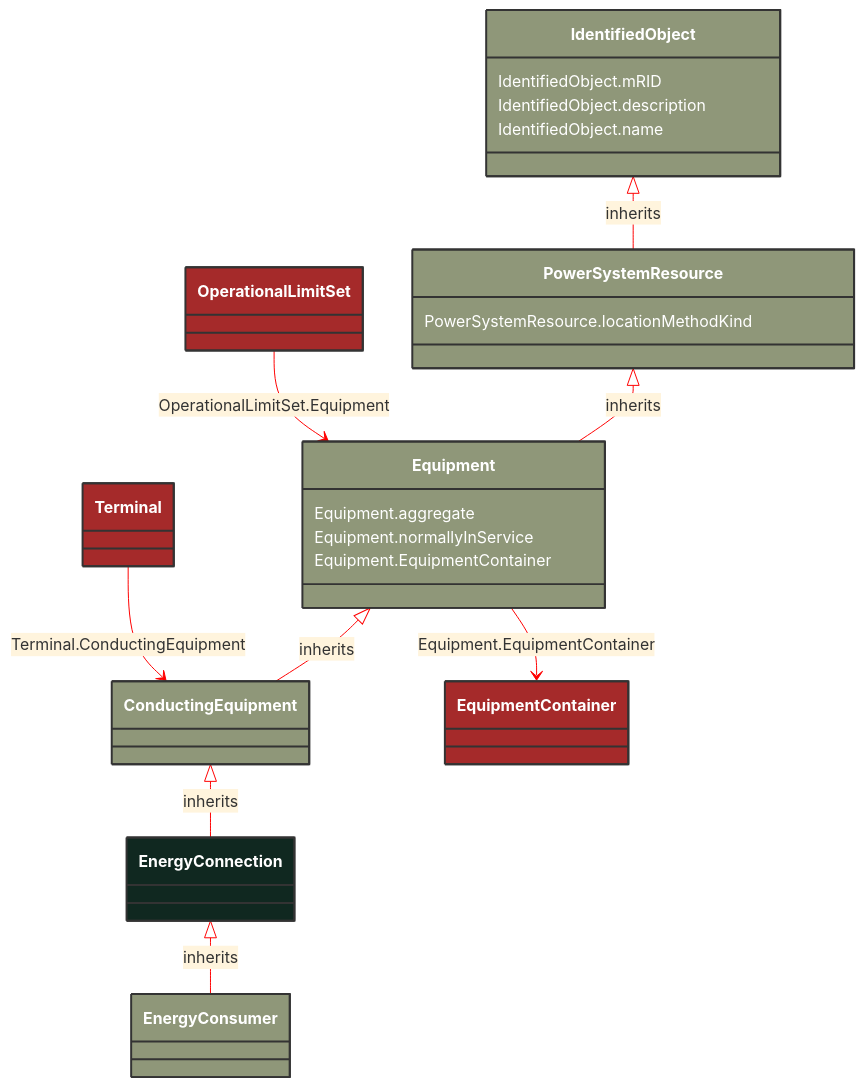
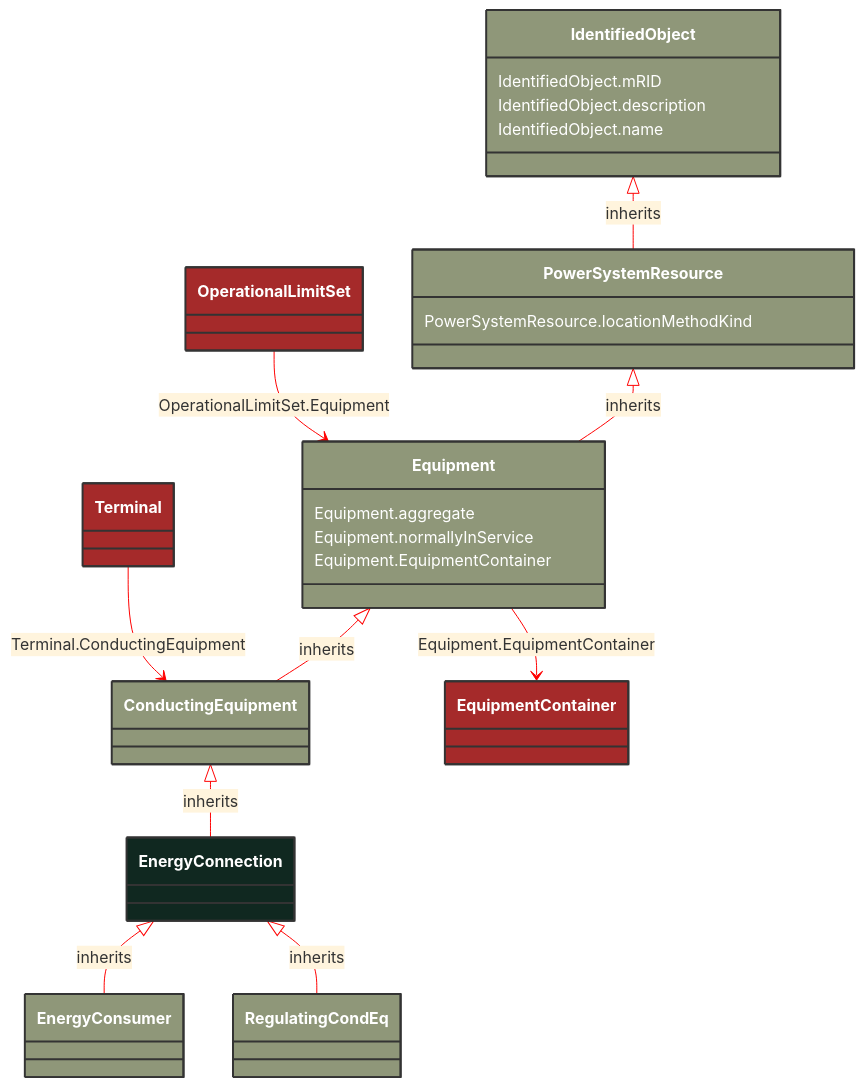
Before and after one commit to 3lbits/NoCIMExtensions: the diagram in docs/Models/Profiles/Telemark-120Equipment/AbstractClasses/EnergyConnection.md, drawn with Mermaid. The commit also changed 63 other files, not shown here.

````diff
--- a/docs/Models/Profiles/Telemark-120Equipment/AbstractClasses/EnergyConnection.md
+++ b/docs/Models/Profiles/Telemark-120Equipment/AbstractClasses/EnergyConnection.md
@@ -10,56 +10,62 @@
 ```mermaid
 %%{init: {'theme':'base','themeVariables': {'lineColor': '#FF0000'}}}%%
 classDiagram
     class EnergyConnection
     click EnergyConnection href "/Models/Profiles/Telemark-120Equipment/AbstractClasses/EnergyConnection/"
     style EnergyConnection fill:#102820,stroke:#333,stroke-width:2px,rx:10,ry:10,color:white
 
         EnergyConnection <|-- EnergyConsumer : inherits
 
         EnergyConsumer
             click EnergyConsumer href "/Models/Profiles/Telemark-120Equipment/ConcreteClasses/EnergyConsumer/"
             style EnergyConsumer fill:#8F9779,stroke:#333,stroke-width:2px,rx:10,ry:10,color:white
+
+        EnergyConnection <|-- RegulatingCondEq : inherits
+
+        RegulatingCondEq
+            click RegulatingCondEq href "/Models/Profiles/Telemark-120Equipment/AbstractClasses/RegulatingCondEq/"
+            style RegulatingCondEq fill:#8F9779,stroke:#333,stroke-width:2px,rx:10,ry:10,color:white
      
         ConductingEquipment <|-- EnergyConnection : inherits
             click ConductingEquipment href "/Models/Profiles/Telemark-120Equipment/AbstractClasses/ConductingEquipment/"
             style ConductingEquipment fill:#8F9779,stroke:#333,stroke-width:2px,rx:10,ry:10,color:white
      
         Equipment <|-- ConductingEquipment : inherits
             click Equipment href "/Models/Profiles/Telemark-120Equipment/AbstractClasses/Equipment/"
             style Equipment fill:#8F9779,stroke:#333,stroke-width:2px,rx:10,ry:10,color:white
      
         PowerSystemResource <|-- Equipment : inherits
             click PowerSystemResource href "/Models/Profiles/Telemark-120Equipment/AbstractClasses/PowerSystemResource/"
             style PowerSystemResource fill:#8F9779,stroke:#333,stroke-width:2px,rx:10,ry:10,color:white
      
         IdentifiedObject <|-- PowerSystemResource : inherits
             click IdentifiedObject href "/Models/Profiles/Telemark-120Equipment/AbstractClasses/IdentifiedObject/"
             style IdentifiedObject fill:#8F9779,stroke:#333,stroke-width:2px,rx:10,ry:10,color:white
 
         Equipment --> EquipmentContainer : Equipment.EquipmentContainer
 
         EquipmentContainer
             click EquipmentContainer href "/Models/Profiles/Telemark-120Equipment/ConcreteClasses/EquipmentContainer/"
             style EquipmentContainer fill:#A52A2A,stroke:#333,stroke-width:2px,rx:10,ry:10,color:white
 
         OperationalLimitSet --> Equipment : OperationalLimitSet.Equipment
 
         OperationalLimitSet
             click OperationalLimitSet href "/Models/Profiles/Telemark-120Equipment/ConcreteClasses/OperationalLimitSet/"
             style OperationalLimitSet fill:#A52A2A,stroke:#333,stroke-width:2px,rx:10,ry:10,color:white
 
         Terminal --> ConductingEquipment : Terminal.ConductingEquipment
 
         Terminal
             click Terminal href "/Models/Profiles/Telemark-120Equipment/ConcreteClasses/Terminal/"
             style Terminal fill:#A52A2A,stroke:#333,stroke-width:2px,rx:10,ry:10,color:white
 
 
         Equipment : Equipment.aggregate
         Equipment : Equipment.normallyInService
         Equipment : Equipment.EquipmentContainer
         PowerSystemResource : PowerSystemResource.locationMethodKind
         IdentifiedObject : IdentifiedObject.mRID
         IdentifiedObject : IdentifiedObject.description
         IdentifiedObject : IdentifiedObject.name
 ```
````
